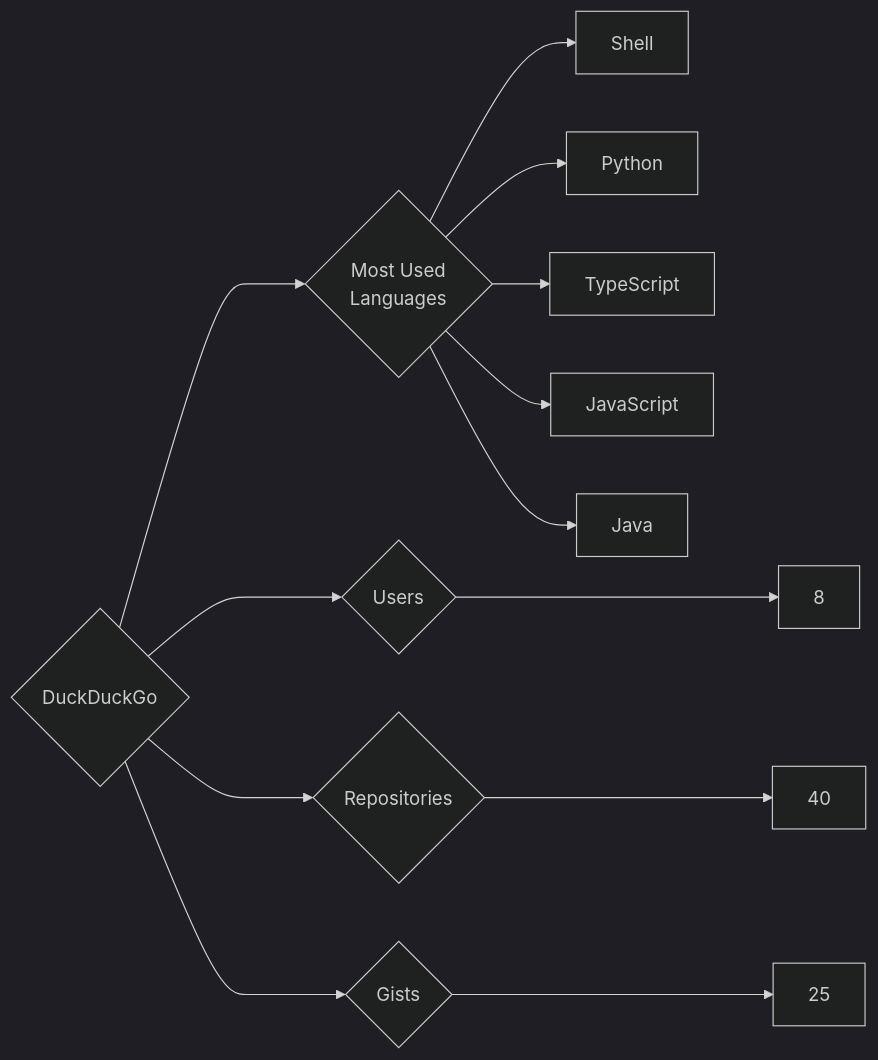
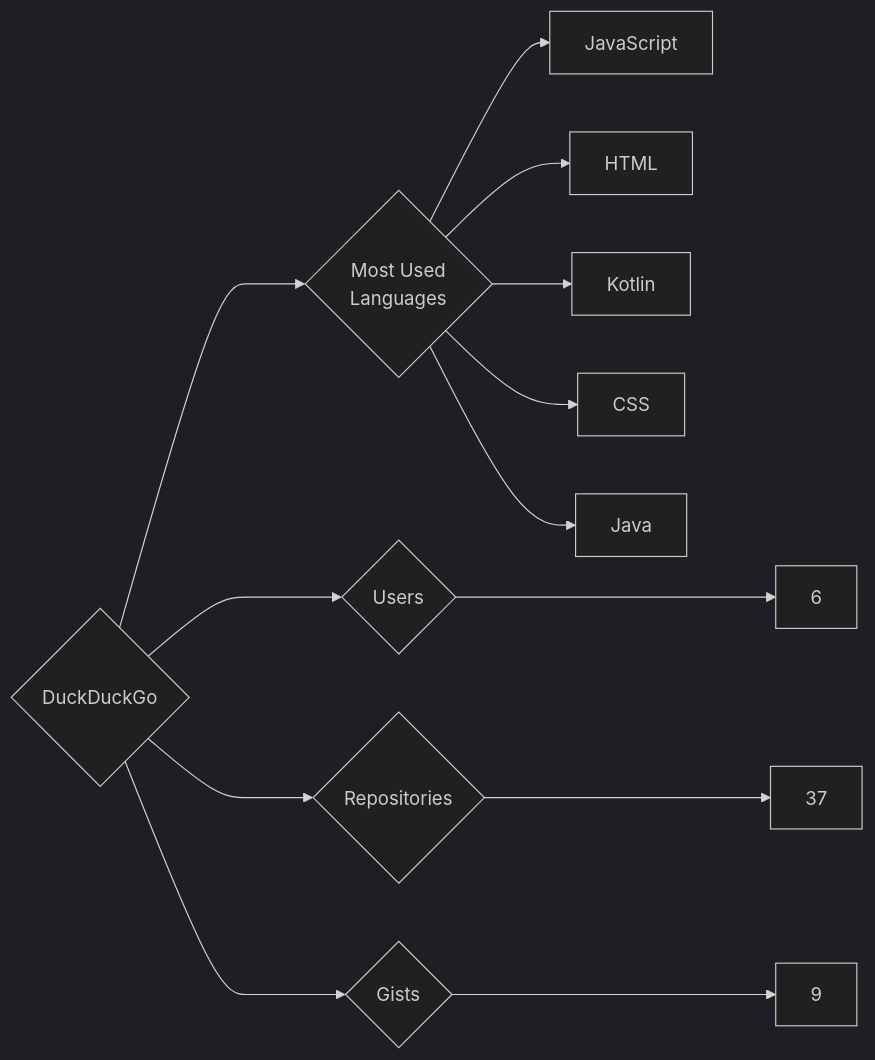
One commit to trickest/insiders changed the diagram in targets/DuckDuckGo/README.md. Above: the diagram before and after it, drawn with Mermaid (dark theme). The commit also changed 724 other files, not shown here.

````diff
--- a/targets/DuckDuckGo/README.md
+++ b/targets/DuckDuckGo/README.md
@@ -3,13 +3,13 @@
 ```mermaid
 graph LR
 COMPANY_NAME{DuckDuckGo}
-COMPANY_NAME ---> U{Users} ---> UN[8]
-COMPANY_NAME ---> R{Repositories} ---> RN[40]
-COMPANY_NAME ---> G{Gists} ---> GN[25]
+COMPANY_NAME ---> U{Users} ---> UN[6]
+COMPANY_NAME ---> R{Repositories} ---> RN[37]
+COMPANY_NAME ---> G{Gists} ---> GN[9]
 COMPANY_NAME ---> ML{Most Used<br>Languages}
-ML --> Shell[Shell]
-ML --> Python[Python]
-ML --> TypeScript[TypeScript]
 ML --> JavaScript[JavaScript]
+ML --> HTML[HTML]
+ML --> Kotlin[Kotlin]
+ML --> CSS[CSS]
 ML --> Java[Java]
 ```
````
